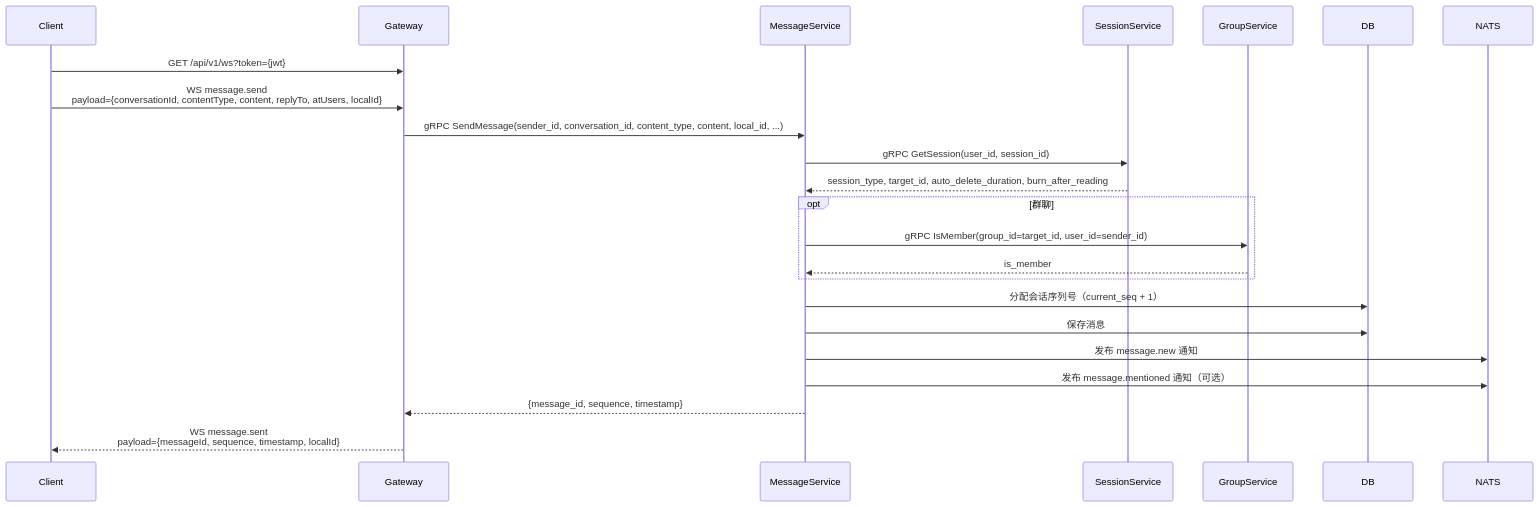
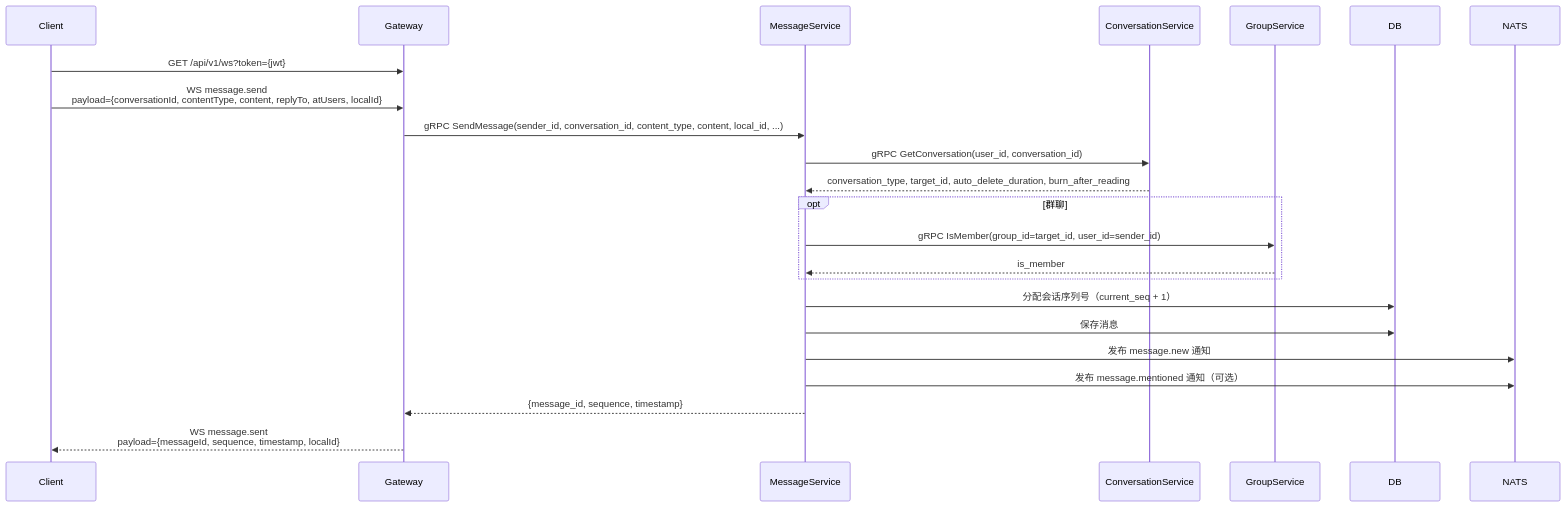
The first of 3 diagrams in docs/design/message/send.md (anychat-im/anychat-server), drawn with Mermaid before and after one commit. The commit also changed 62 other files, not shown here.

Commit message:
refactor: merge session into conversation service

````diff
--- a/docs/design/message/send.md
+++ b/docs/design/message/send.md
@@ -72,30 +72,30 @@
 ```mermaid
 sequenceDiagram
     participant Client
     participant Gateway
     participant MessageService
-    participant SessionService
+    participant ConversationService
     participant GroupService
     participant DB
     participant NATS
 
     Client->>Gateway: GET /api/v1/ws?token={jwt}
     Client->>Gateway: WS message.send<br/>payload={conversationId, contentType, content, replyTo, atUsers, localId}
 
     Gateway->>MessageService: gRPC SendMessage(sender_id, conversation_id, content_type, content, local_id, ...)
 
-    MessageService->>SessionService: gRPC GetSession(user_id, session_id)
-    SessionService-->>MessageService: session_type, target_id, auto_delete_duration, burn_after_reading
+    MessageService->>ConversationService: gRPC GetConversation(user_id, conversation_id)
+    ConversationService-->>MessageService: conversation_type, target_id, auto_delete_duration, burn_after_reading
     opt 群聊
         MessageService->>GroupService: gRPC IsMember(group_id=target_id, user_id=sender_id)
         GroupService-->>MessageService: is_member
     end
 
     MessageService->>DB: 分配会话序列号（current_seq + 1）
     MessageService->>DB: 保存消息
     MessageService->>NATS: 发布 message.new 通知
     MessageService->>NATS: 发布 message.mentioned 通知（可选）
 
     MessageService-->>Gateway: {message_id, sequence, timestamp}
     Gateway-->>Client: WS message.sent<br/>payload={messageId, sequence, timestamp, localId}
 ```
````
